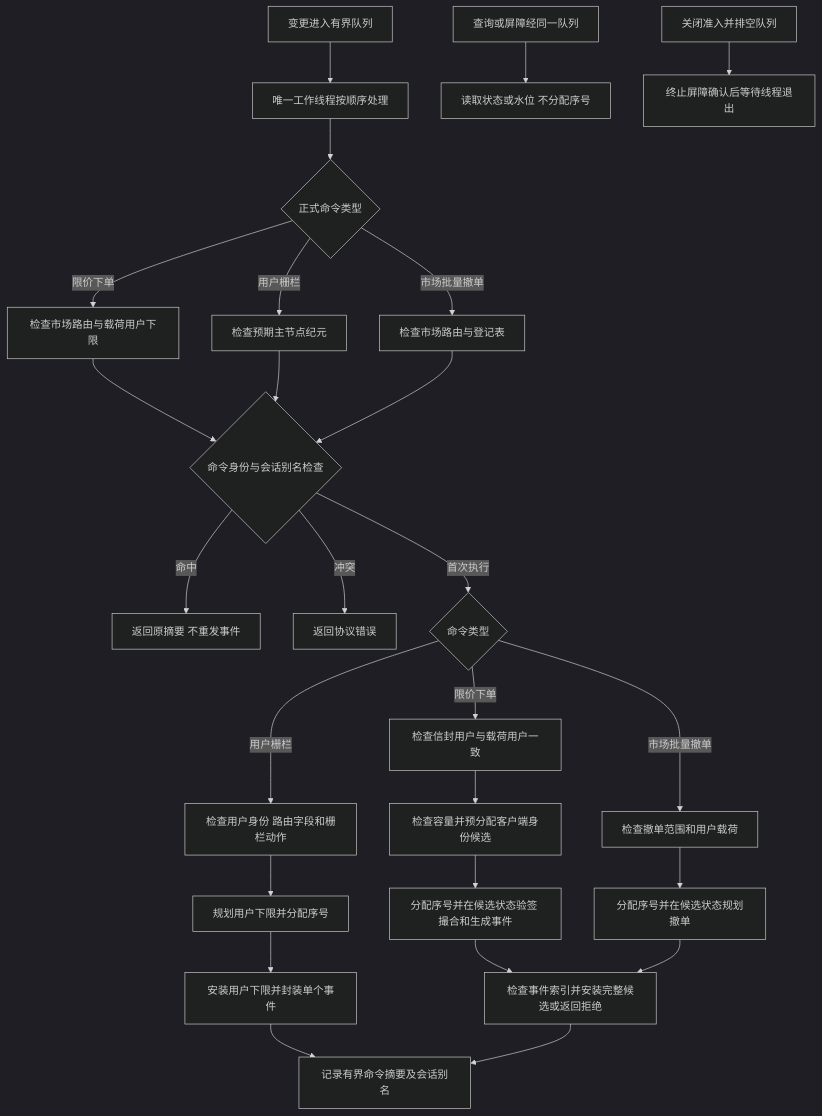
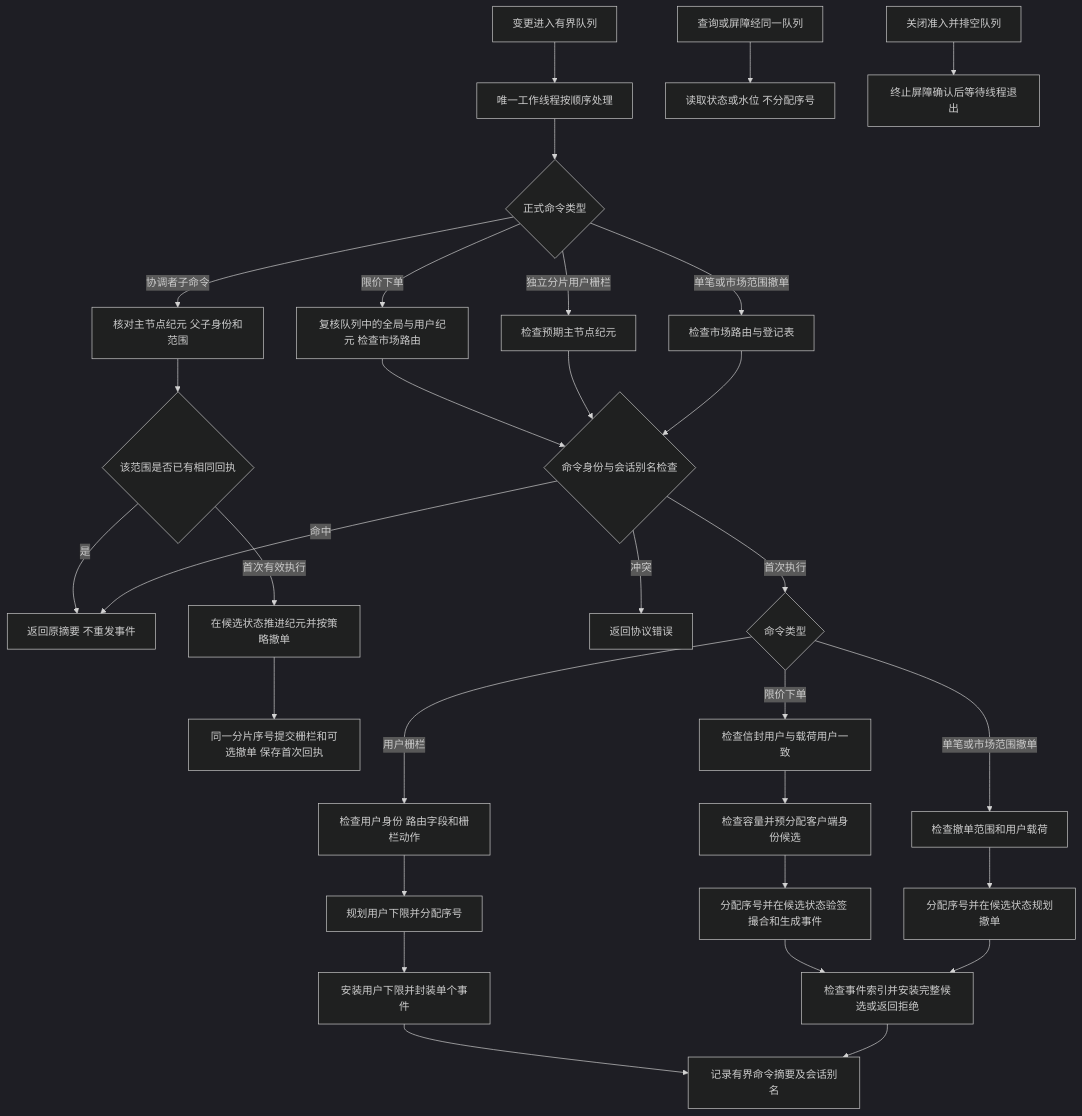
Before and after one commit to YANSHAO0032/tide-matching-engine: the first of 10 diagrams in docs/logic_flows.md, drawn with Mermaid (dark theme). The commit also changed other lines of this file and 65 other files, not shown here.

````diff
--- a/docs/logic_flows.md
+++ b/docs/logic_flows.md
@@ -9,28 +11,33 @@
 ```mermaid
 flowchart TD
     A[变更进入有界队列] --> B[唯一工作线程按顺序处理]
     B --> C{正式命令类型}
-    C -- 限价下单 --> D[检查市场路由与载荷用户下限]
-    C -- 用户栅栏 --> E[检查预期主节点纪元]
-    C -- 市场批量撤单 --> F[检查市场路由与登记表]
+    C -- 限价下单 --> D[复核队列中的全局与用户纪元 检查市场路由]
+    C -- 独立分片用户栅栏 --> E[检查预期主节点纪元]
+    C -- 单笔或市场范围撤单 --> F[检查市场路由与登记表]
+    C -- 协调者子命令 --> U[核对主节点纪元 父子身份和范围]
+    U --> V{该范围是否已有相同回执}
+    V -- 是 --> H
+    V -- 首次有效执行 --> W[在候选状态推进纪元并按策略撤单]
+    W --> X[同一分片序号提交栅栏和可选撤单 保存首次回执]
     D --> G{命令身份与会话别名检查}
     E --> G
     F --> G
     G -- 命中 --> H[返回原摘要 不重发事件]
     G -- 冲突 --> I[返回协议错误]
     G -- 首次执行 --> J{命令类型}
     J -- 限价下单 --> K0[检查信封用户与载荷用户一致]
     K0 --> K[检查容量并预分配客户端身份候选]
     K --> L[分配序号并在候选状态验签 撮合和生成事件]
-    J -- 市场批量撤单 --> M0[检查撤单范围和用户载荷]
+    J -- 单笔或市场范围撤单 --> M0[检查撤单范围和用户载荷]
     M0 --> M[分配序号并在候选状态规划撤单]
     J -- 用户栅栏 --> N0[检查用户身份 路由字段和栅栏动作]
     N0 --> N[规划用户下限并分配序号]
     L --> O[检查事件索引并安装完整候选或返回拒绝]
     M --> O
     N --> N1[安装用户下限并封装单个事件]
     N1 --> P
     O --> P[记录有界命令摘要及会话别名]
     Q[查询或屏障经同一队列] --> R[读取状态或水位 不分配序号]
     S[关闭准入并排空队列] --> T[终止屏障确认后等待线程退出]
 ```
````
